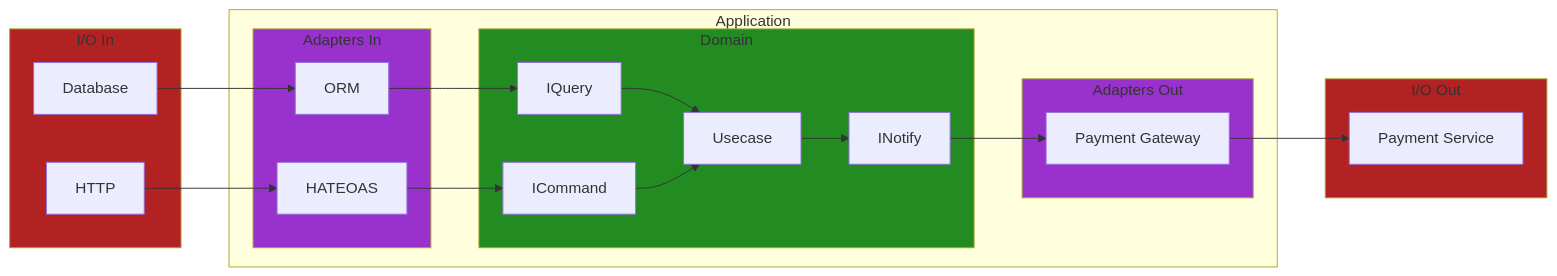
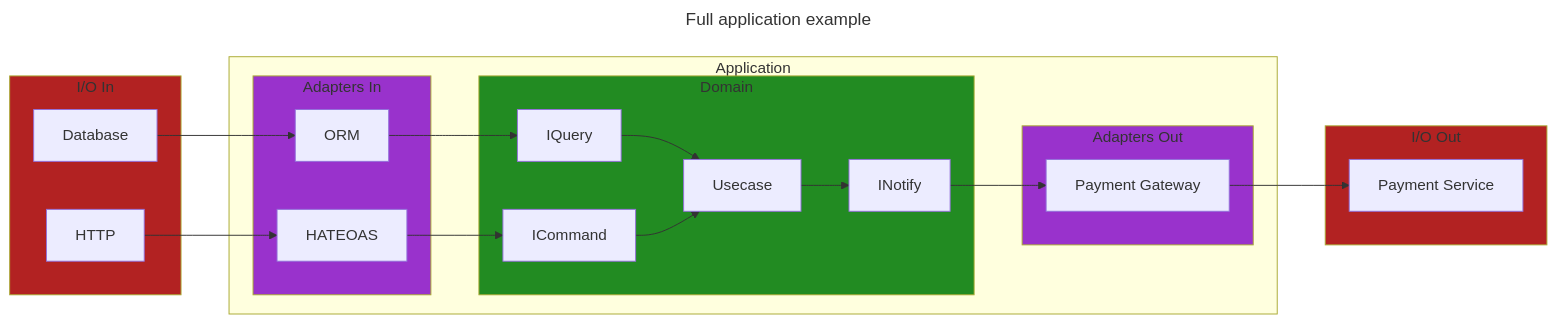
The tenth of 10 diagrams in structure.md (grierson/grierson), drawn with Mermaid before and after one commit. The commit also changed other lines of this file, not shown here.

````diff
--- a/structure.md
+++ b/structure.md
@@ -384,39 +381,42 @@
 ```mermaid
+---
+title: Full application example
+---
 flowchart LR
   subgraph Application
     style Domain fill:ForestGreen
     subgraph Domain
       IQuery
       ICommand
       INotify
       Usecase
     end
     style AdaptersIn fill:DarkOrchid
     subgraph AdaptersIn[Adapters In]
       ORM
       HATEOAS
     end
     style AdaptersOut fill:DarkOrchid
     subgraph AdaptersOut[Adapters Out]
       Gateway[Payment Gateway]
     end
   end
   style I/OIn fill:FireBrick
   subgraph I/OIn[I/O In]
     Database
     HTTP
   end
   style I/OOut fill:FireBrick
   subgraph I/OOut[I/O Out]
     ThirdParty[Payment Service]
   end
   HTTP --> HATEOAS
   Database --> ORM
   HATEOAS --> ICommand
   ORM --> IQuery
   IQuery --> Usecase
   ICommand --> Usecase
   Usecase --> INotify
   INotify --> Gateway
   Gateway --> ThirdParty
 ```
````
